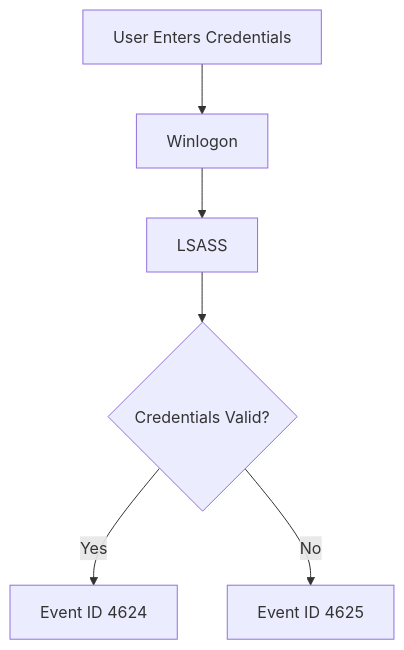
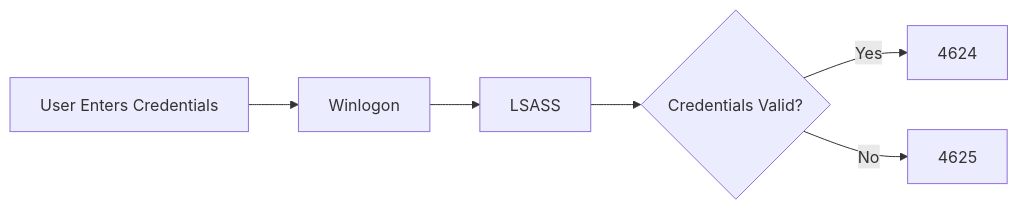
One commit to sadbattery/Windows-Event-IDs-Cheatsheet changed the third of 8 diagrams in docs/authentication/4625-failed-logon.md. Above: the diagram before and after it, drawn with Mermaid. The commit also changed other lines of this file, not shown here.

````diff
--- a/docs/authentication/4625-failed-logon.md
+++ b/docs/authentication/4625-failed-logon.md
@@ -106,22 +151,12 @@
 ```mermaid
-flowchart TD
+flowchart LR
+    A[User Enters Credentials]
+    --> B[Winlogon]
+    --> C[LSASS]
 
-A[User Enters Credentials]
+    C --> D{Credentials Valid?}
 
-B[Winlogon]
+    D -->|Yes| E[4624]
 
-C[LSASS]
-
-D{Credentials Valid?}
-
-E[Event ID 4624]
-
-F[Event ID 4625]
-
-A --> B
-B --> C
-C --> D
-
-D -->|Yes| E
-D -->|No| F
+    D -->|No| F[4625]
 ```
````
